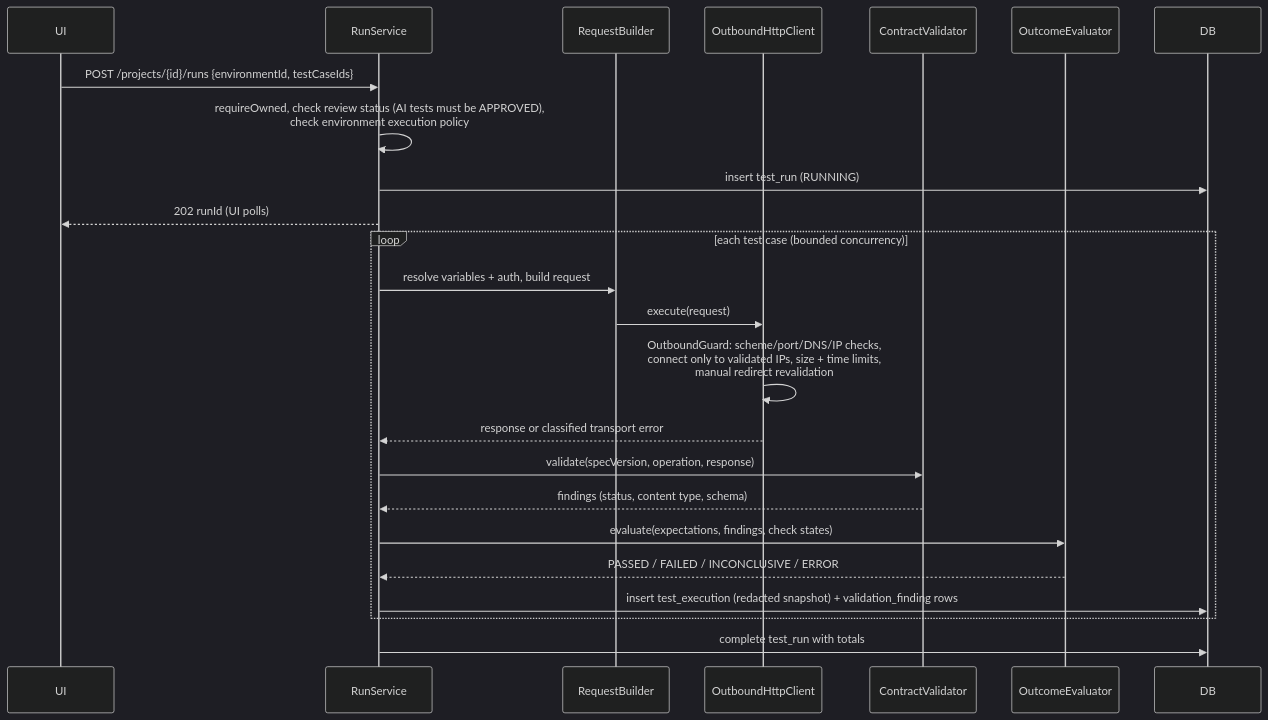
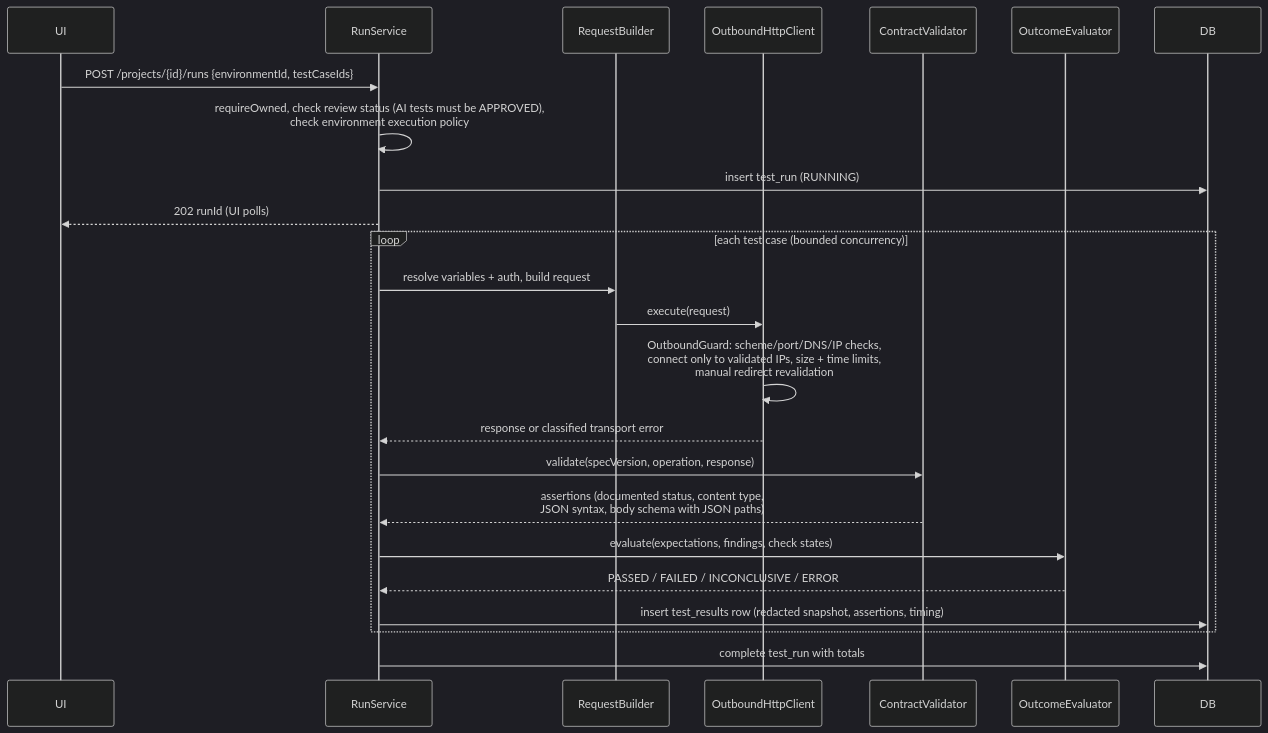
One commit to alifsafiuddin/APIForge changed the fourth of 5 diagrams in docs/ARCHITECTURE.md. Above: the diagram before and after it, drawn with Mermaid (dark theme). The commit also changed other lines of this file and 62 other files, not shown here.

````diff
--- a/docs/ARCHITECTURE.md
+++ b/docs/ARCHITECTURE.md
@@ -146,26 +147,26 @@
 ```mermaid
 sequenceDiagram
     participant UI
     participant R as RunService
     participant B as RequestBuilder
     participant O as OutboundHttpClient
     participant V as ContractValidator
     participant E as OutcomeEvaluator
     participant DB
     UI->>R: POST /projects/{id}/runs {environmentId, testCaseIds}
     R->>R: requireOwned, check review status (AI tests must be APPROVED),<br/>check environment execution policy
     R->>DB: insert test_run (RUNNING)
     R-->>UI: 202 runId (UI polls)
     loop each test case (bounded concurrency)
         R->>B: resolve variables + auth, build request
         B->>O: execute(request)
         O->>O: OutboundGuard: scheme/port/DNS/IP checks,<br/>connect only to validated IPs, size + time limits,<br/>manual redirect revalidation
         O-->>R: response or classified transport error
         R->>V: validate(specVersion, operation, response)
-        V-->>R: findings (status, content type, schema)
+        V-->>R: assertions (documented status, content type,<br/>JSON syntax, body schema with JSON paths)
         R->>E: evaluate(expectations, findings, check states)
         E-->>R: PASSED / FAILED / INCONCLUSIVE / ERROR
-        R->>DB: insert test_execution (redacted snapshot) + validation_finding rows
+        R->>DB: insert test_results row (redacted snapshot, assertions, timing)
     end
     R->>DB: complete test_run with totals
 ```
````
